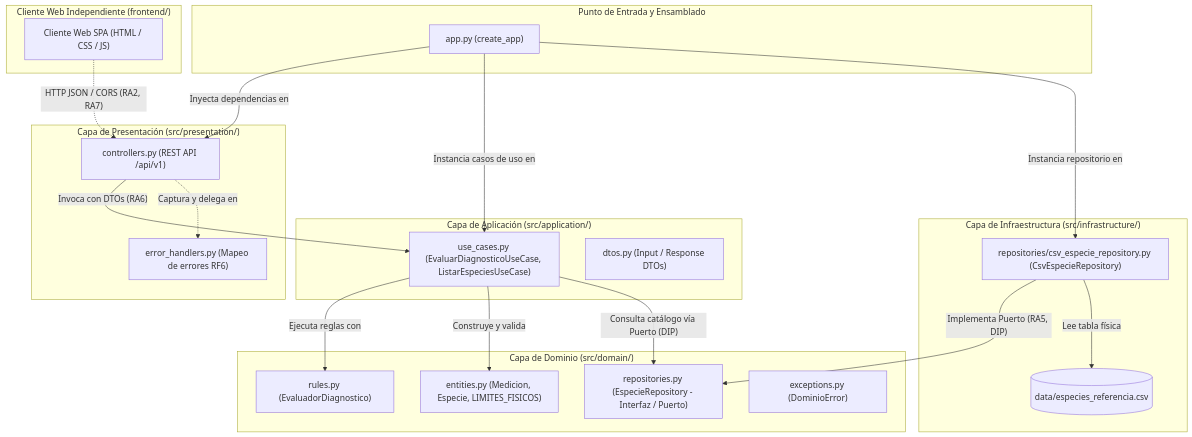
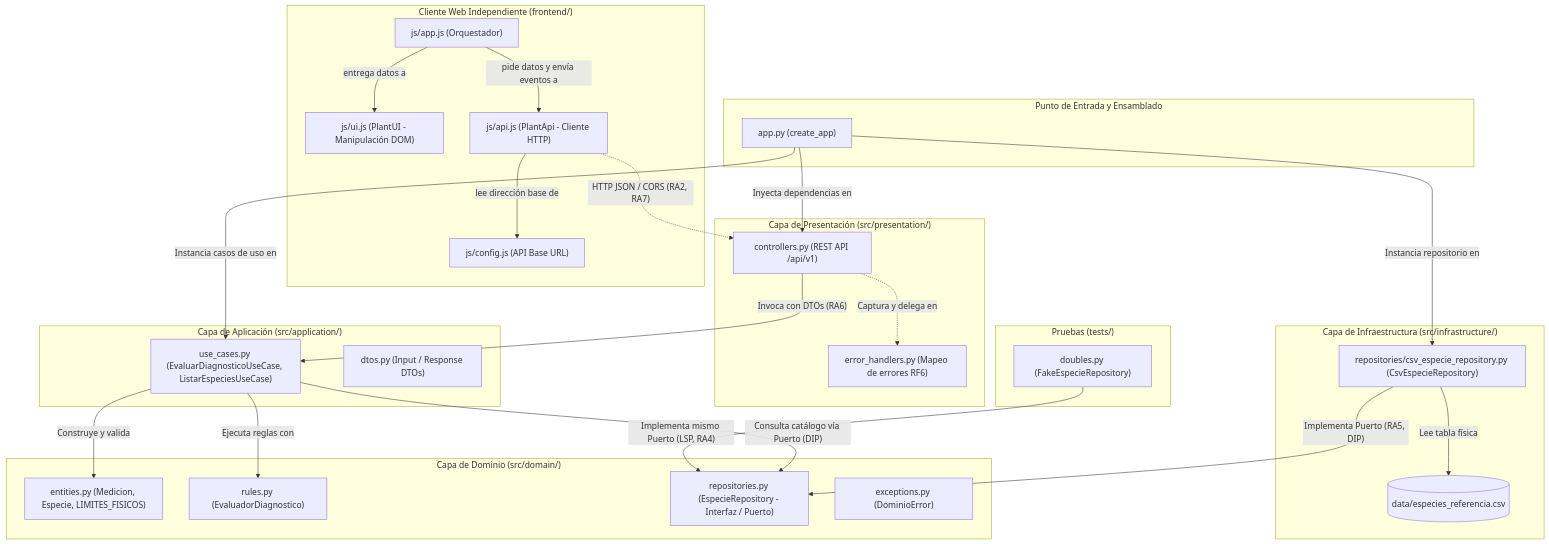
The first of 2 diagrams in docs/documento_arquitectura.md (estebanstack/SmartPlantBase), drawn with Mermaid before and after one commit. The commit also changed other lines of this file, not shown here.

Commit message:
docs: align architecture diagram with repository

````diff
--- a/docs/documento_arquitectura.md
+++ b/docs/documento_arquitectura.md
@@ -11,45 +11,57 @@
 ```mermaid
 graph TD
     subgraph Frontend["Cliente Web Independiente (frontend/)"]
-        FE["Cliente Web SPA (HTML / CSS / JS)"]
+        F_APP["js/app.js (Orquestador)"]
+        F_UI["js/ui.js (PlantUI - Manipulación DOM)"]
+        F_API["js/api.js (PlantApi - Cliente HTTP)"]
+        F_CFG["js/config.js (API Base URL)"]
+
+        F_APP -->|"pide datos y envía eventos a"| F_API
+        F_APP -->|"entrega datos a"| F_UI
+        F_API -->|"lee dirección base de"| F_CFG
     end
 
     subgraph Presentation["Capa de Presentación (src/presentation/)"]
         CTRL["controllers.py (REST API /api/v1)"]
         ERR["error_handlers.py (Mapeo de errores RF6)"]
     end
 
     subgraph Application["Capa de Aplicación (src/application/)"]
         UC["use_cases.py (EvaluarDiagnosticoUseCase, ListarEspeciesUseCase)"]
         DTO["dtos.py (Input / Response DTOs)"]
     end
 
     subgraph Domain["Capa de Dominio (src/domain/)"]
         ENT["entities.py (Medicion, Especie, LIMITES_FISICOS)"]
         RULES["rules.py (EvaluadorDiagnostico)"]
         PORT["repositories.py (EspecieRepository - Interfaz / Puerto)"]
         EXC["exceptions.py (DominioError)"]
     end
 
     subgraph Infrastructure["Capa de Infraestructura (src/infrastructure/)"]
         REPO["repositories/csv_especie_repository.py (CsvEspecieRepository)"]
         CSV[("data/especies_referencia.csv")]
     end
 
     subgraph EntryPoint["Punto de Entrada y Ensamblado"]
         APP["app.py (create_app)"]
     end
 
-    %% Relaciones esenciales entre capas
-    FE -.->|"HTTP JSON / CORS (RA2, RA7)"| CTRL
+    subgraph Tests["Pruebas (tests/)"]
+        FAKE["doubles.py (FakeEspecieRepository)"]
+    end
+
+    %% Relaciones esenciales entre componentes
+    F_API -.->|"HTTP JSON / CORS (RA2, RA7)"| CTRL
     APP -->|"Inyecta dependencias en"| CTRL
     APP -->|"Instancia casos de uso en"| UC
     APP -->|"Instancia repositorio en"| REPO
     CTRL -->|"Invoca con DTOs (RA6)"| UC
     CTRL -.->|"Captura y delega en"| ERR
     UC -->|"Ejecuta reglas con"| RULES
     UC -->|"Construye y valida"| ENT
     UC -->|"Consulta catálogo vía Puerto (DIP)"| PORT
     REPO -->|"Implementa Puerto (RA5, DIP)"| PORT
+    FAKE -->|"Implementa mismo Puerto (LSP, RA4)"| PORT
     REPO -->|"Lee tabla física"| CSV
 ```
````
